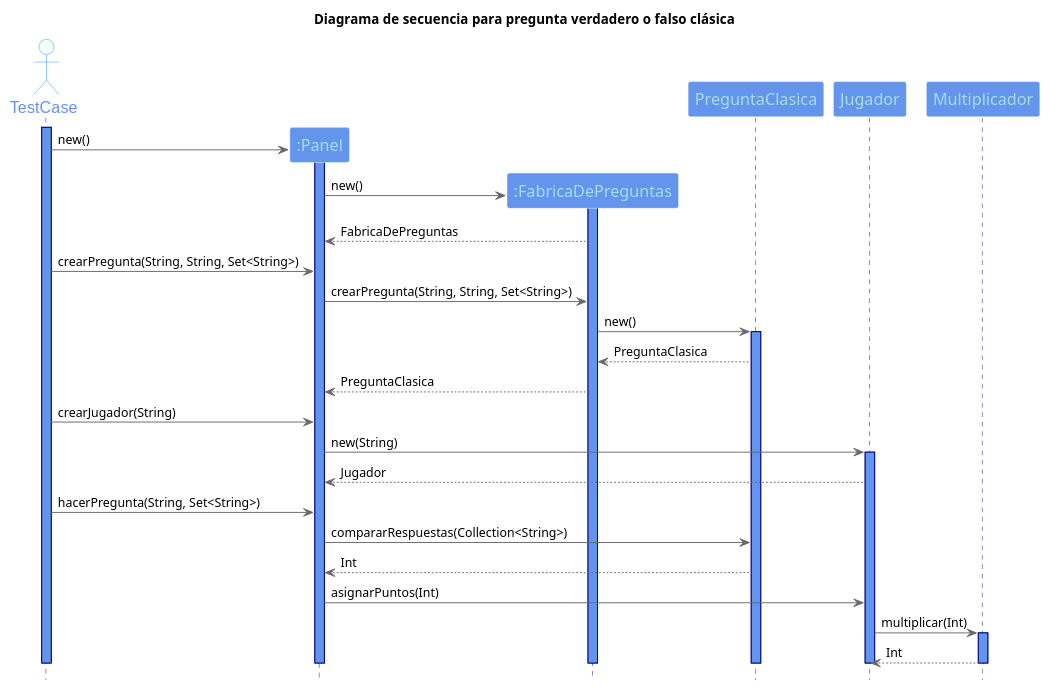
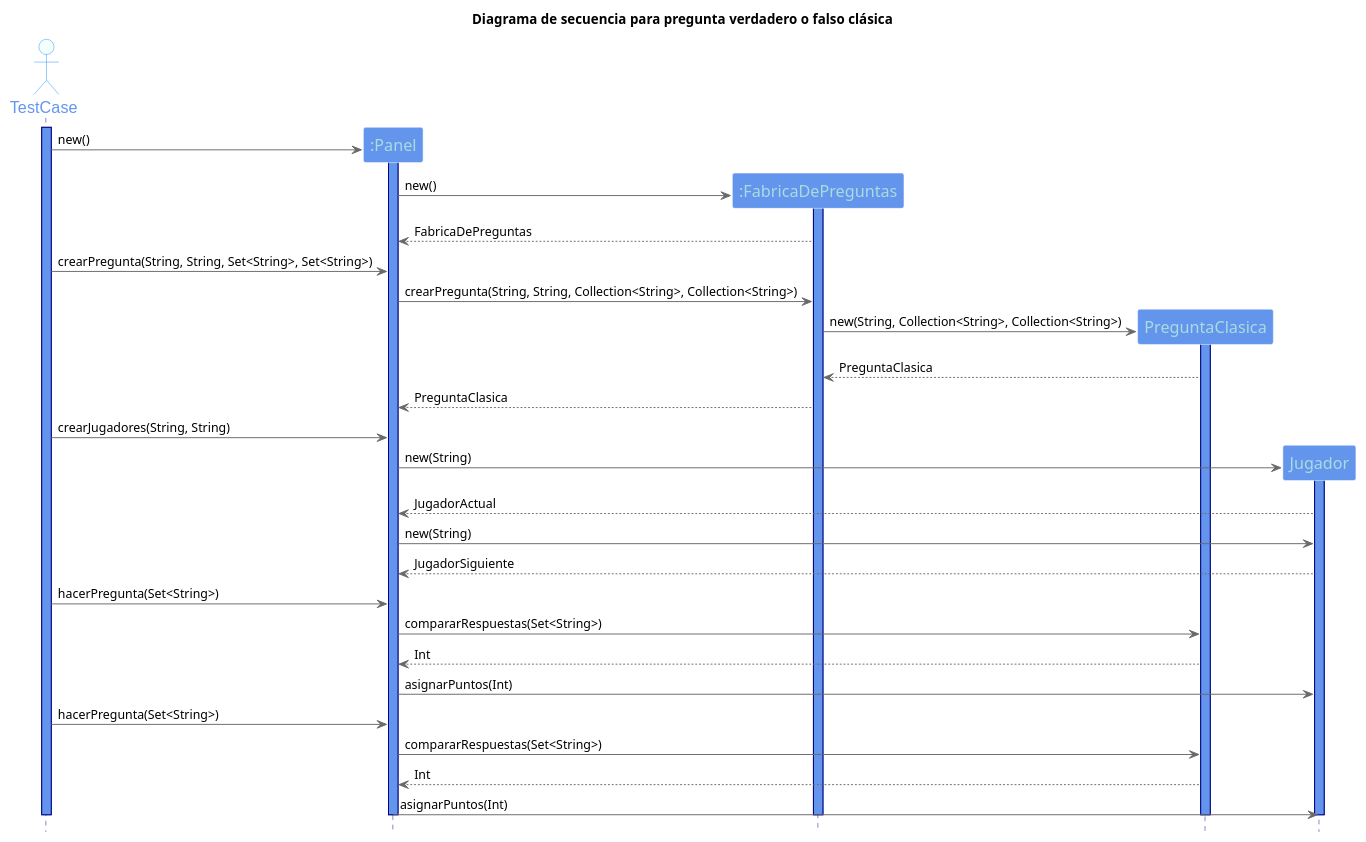
One commit to fvazquezf/TP_2_Algo_3 changed the diagram in UML/Diagramas de secuencia/PreguntaClasica.puml. Above: the diagram before and after it, drawn with PlantUML. The commit also changed 6 other files, not shown here.

Commit message:
modifico diagramas de secuencia para que sean consistentes con el modelo

```diff
--- a/UML/Diagramas de secuencia/PreguntaClasica.puml
+++ b/UML/Diagramas de secuencia/PreguntaClasica.puml
@@ -1,68 +1,73 @@
 @startuml TP2
 
 title Diagrama de secuencia para pregunta verdadero o falso clásica
 
 hide footbox
 skinparam backgroundColor white
 
 skinparam sequence {
 ArrowColor DimGray
 ActorBorderColor DodgerBlue
 LifeLineBorderColor Navy
 LifeLineBackgroundColor CornflowerBlue
 ParticipantBorderColor LighSlateGray
 ParticipantBackgroundColor CornflowerBlue
 ParticipantFontName Impact
 ParticipantFontSize 17
 ParticipantFontColor #A9DCDF
 ActorBackgroundColor mintCream
 ActorFontColor CornflowerBlue
 ActorFontSize 17
 ActorFontName Aapex
 }
 
 actor TestCase
 activate TestCase
 
 participant ":Panel" as Panel
 create Panel
 TestCase -> Panel : new()
 activate Panel
 
 participant ":FabricaDePreguntas" as FabricaDePreguntas
 create FabricaDePreguntas
 Panel -> FabricaDePreguntas :  new()
 activate FabricaDePreguntas
 FabricaDePreguntas --> Panel : FabricaDePreguntas
 
-TestCase -> Panel : crearPregunta(String, String, Set<String>)
+TestCase -> Panel : crearPregunta(String, String, Set<String>, Set<String>)
 
-Panel -> FabricaDePreguntas : crearPregunta(String, String, Set<String>)
+Panel -> FabricaDePreguntas : crearPregunta(String, String, Collection<String>, Collection<String>)
 
-FabricaDePreguntas -> PreguntaClasica: new()
+create PreguntaClasica
+FabricaDePreguntas -> PreguntaClasica: new(String, Collection<String>, Collection<String>)
 activate PreguntaClasica
 PreguntaClasica --> FabricaDePreguntas: PreguntaClasica
 FabricaDePreguntas --> Panel: PreguntaClasica
 
-TestCase -> Panel: crearJugador(String)
+
+TestCase -> Panel: crearJugadores(String, String)
+create Jugador
 Panel -> Jugador: new(String)
 activate Jugador
-Jugador --> Panel: Jugador
+Jugador --> Panel: JugadorActual
+Panel -> Jugador: new(String)
+Jugador --> Panel: JugadorSiguiente
 
-TestCase -> Panel: hacerPregunta(String, Set<String>)
-Panel -> PreguntaClasica: compararRespuestas(Collection<String>)
+TestCase -> Panel: hacerPregunta(Set<String>)
+Panel -> PreguntaClasica: compararRespuestas(Set<String>)
 PreguntaClasica --> Panel: Int
 Panel -> Jugador: asignarPuntos(Int)
-Jugador -> Multiplicador: multiplicar(Int)
-activate Multiplicador
-Multiplicador --> Jugador: Int
+TestCase -> Panel: hacerPregunta(Set<String>)
+Panel -> PreguntaClasica: compararRespuestas(Set<String>)
+PreguntaClasica --> Panel: Int
+Panel -> Jugador: asignarPuntos(Int)
 
-deactivate Multiplicador
 
 deactivate PreguntaClasica
 deactivate Jugador
 deactivate FabricaDePreguntas
 deactivate Panel
 deactivate TestCase
 
 @enduml
```
